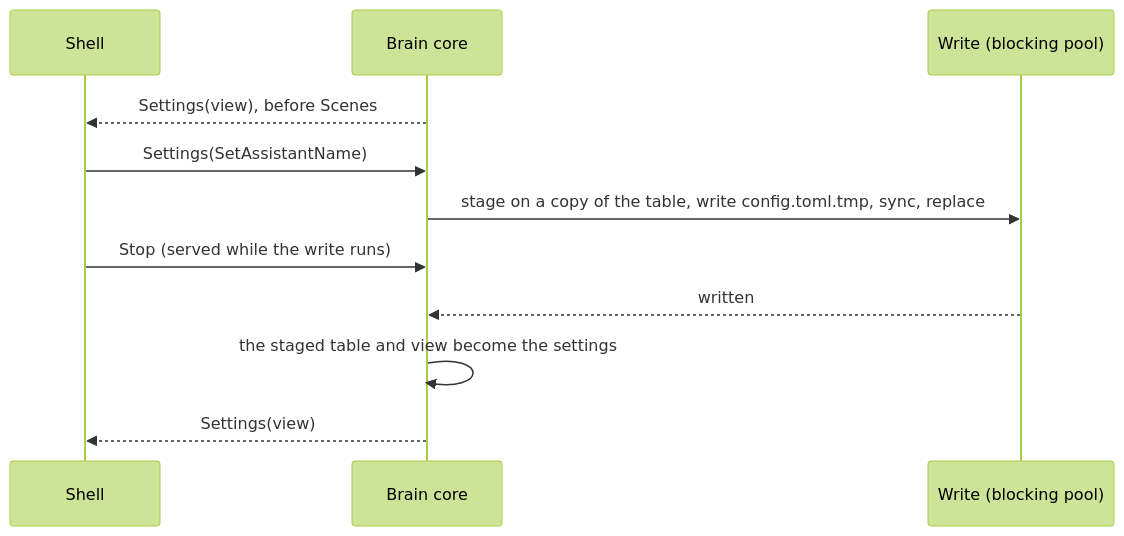
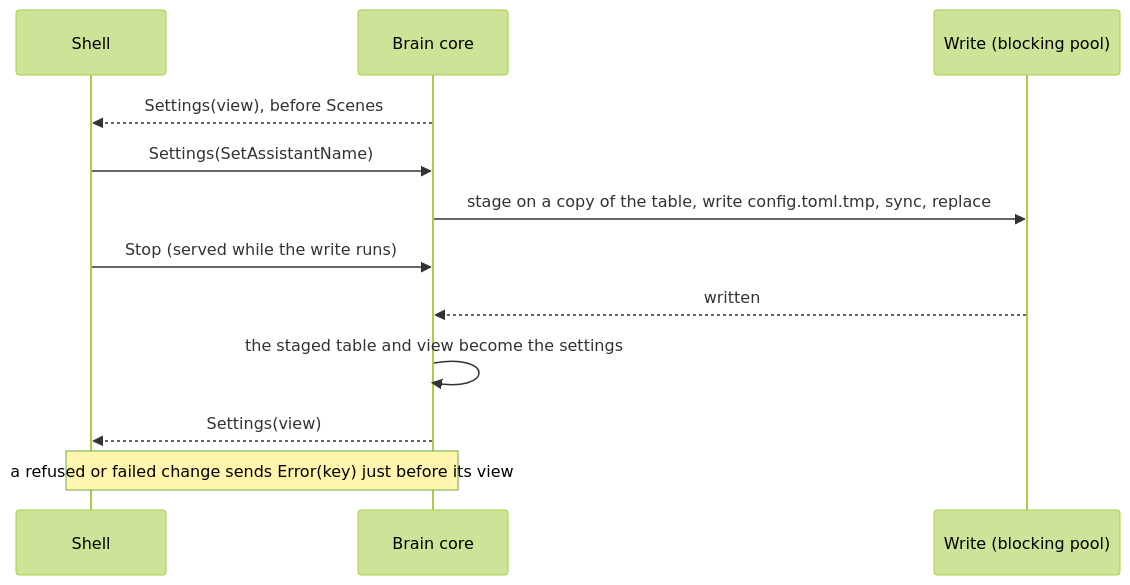
One commit to labcoder/capsula changed the diagram in docs/development/settings.md. Above: the diagram before and after it, drawn with Mermaid (forest theme). The commit also changed other lines of this file and 12 other files, not shown here.

````diff
--- a/docs/development/settings.md
+++ b/docs/development/settings.md
@@ -21,13 +21,14 @@
 ```mermaid
 sequenceDiagram
   participant S as Shell
   participant C as Brain core
   participant W as Write (blocking pool)
   C-->>S: Settings(view), before Scenes
   S->>C: Settings(SetAssistantName)
   C->>W: stage on a copy of the table, write config.toml.tmp, sync, replace
   S->>C: Stop (served while the write runs)
   W-->>C: written
   C->>C: the staged table and view become the settings
   C-->>S: Settings(view)
+  Note over C,S: a refused or failed change sends Error(key) just before its view
 ```
````
